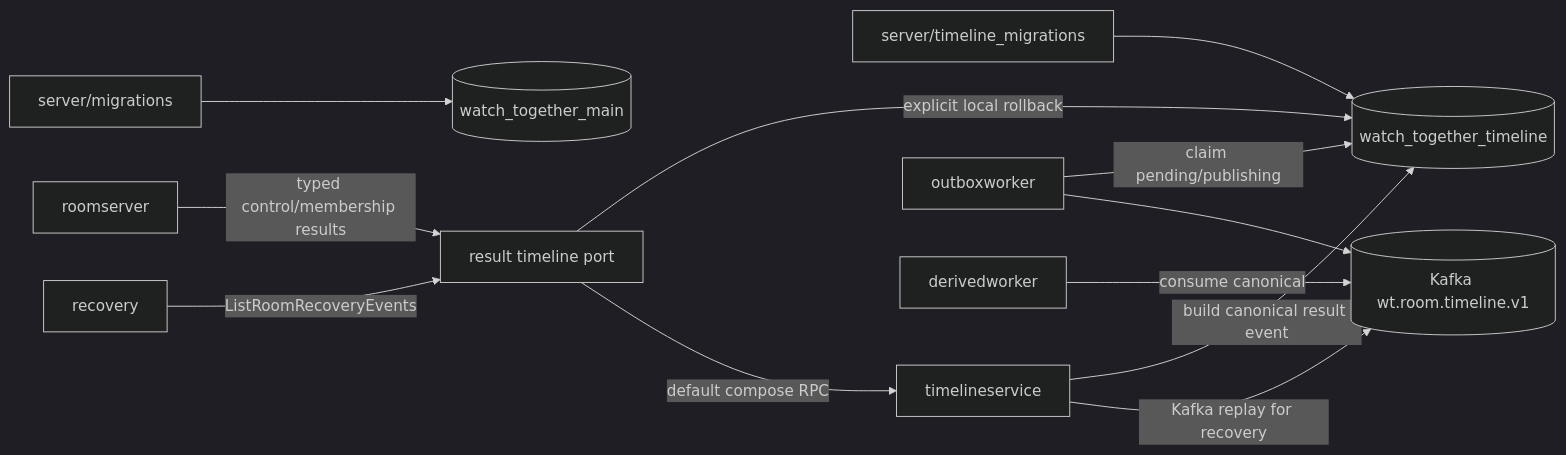
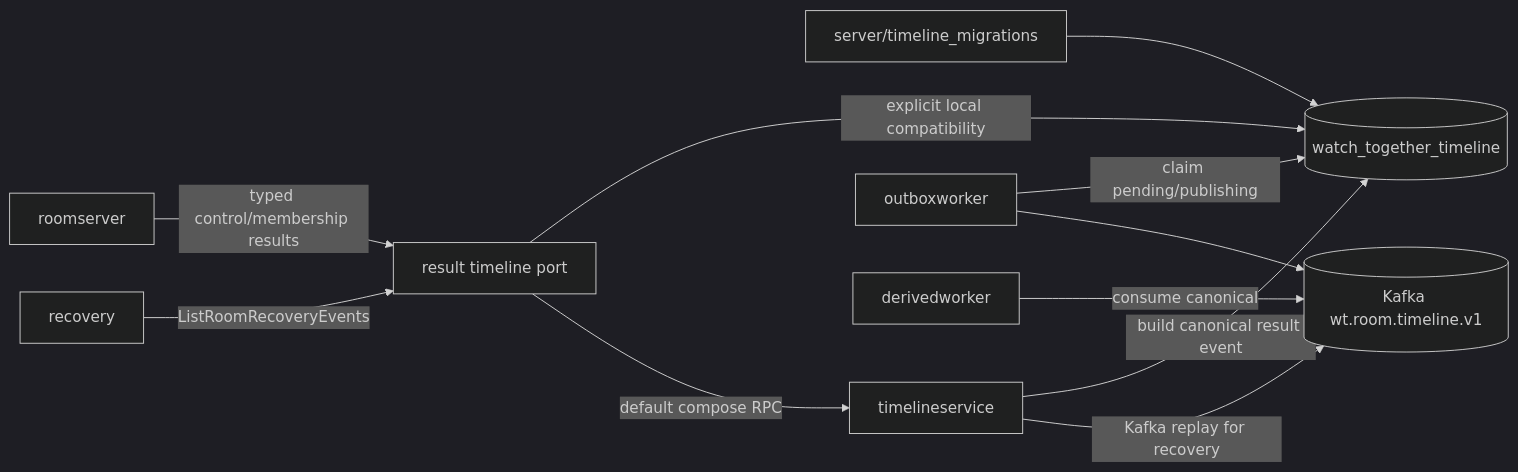
The ninth of 9 diagrams in docs/distributed-architecture.md (sunboyZgz/watch_together), drawn with Mermaid (dark theme) before and after one commit. The commit also changed other lines of this file and 61 other files, not shown here.

````diff
--- a/docs/distributed-architecture.md
+++ b/docs/distributed-architecture.md
@@ -545,26 +551,23 @@
 ```mermaid
 flowchart LR
-  MainPG[(watch_together_main)]
   TimelinePG[(watch_together_timeline)]
   TimelineMigrations[server/timeline_migrations]
-  MainMigrations[server/migrations]
   Roomserver[roomserver]
   TimelinePort[result timeline port]
   TimelineService[timelineservice]
   OutboxWorker[outboxworker]
   DerivedWorker[derivedworker]
   Kafka[(Kafka wt.room.timeline.v1)]
   Recovery[recovery]
 
-  MainMigrations --> MainPG
   TimelineMigrations --> TimelinePG
   Roomserver -->|typed control/membership results| TimelinePort
-  TimelinePort -->|explicit local rollback| TimelinePG
+  TimelinePort -->|explicit local compatibility| TimelinePG
   TimelinePort -->|default compose RPC| TimelineService
   TimelineService -->|build canonical result event| TimelinePG
   OutboxWorker -->|claim pending/publishing| TimelinePG
   OutboxWorker --> Kafka
   DerivedWorker -->|consume canonical| Kafka
   TimelineService -->|Kafka replay for recovery| Kafka
   Recovery -->|ListRoomRecoveryEvents| TimelinePort
 ```
````
